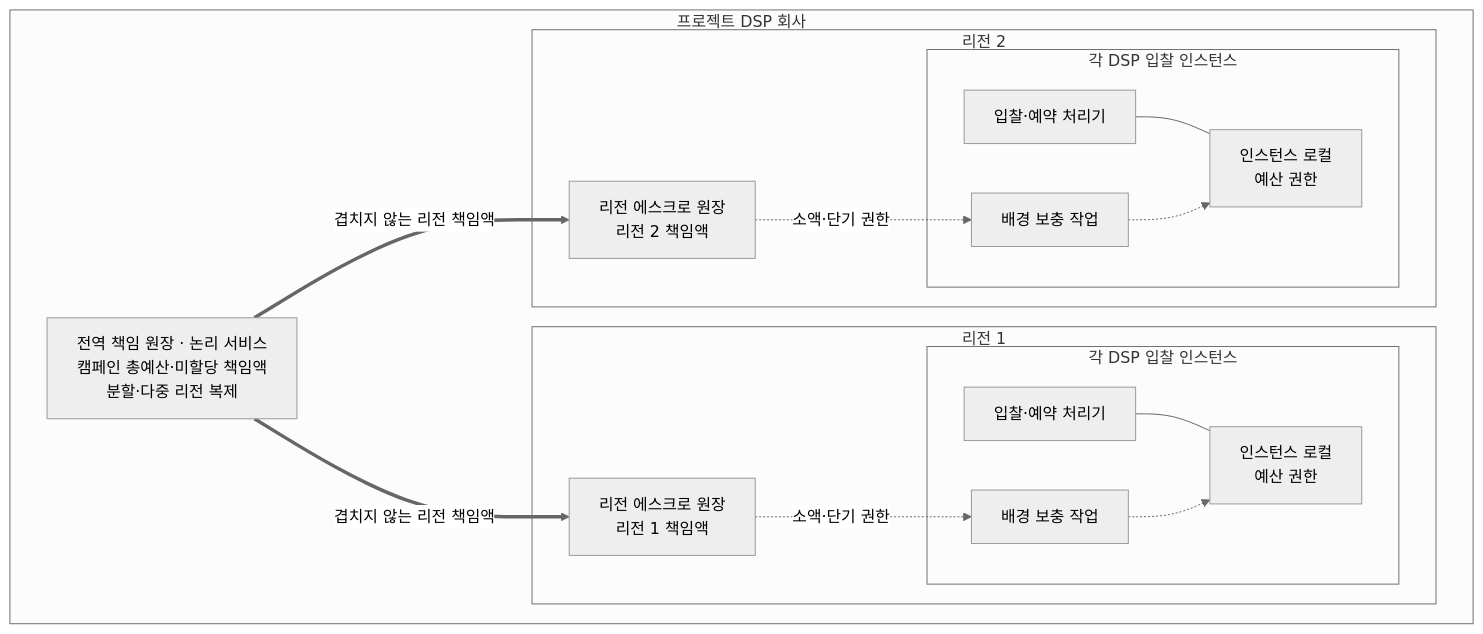
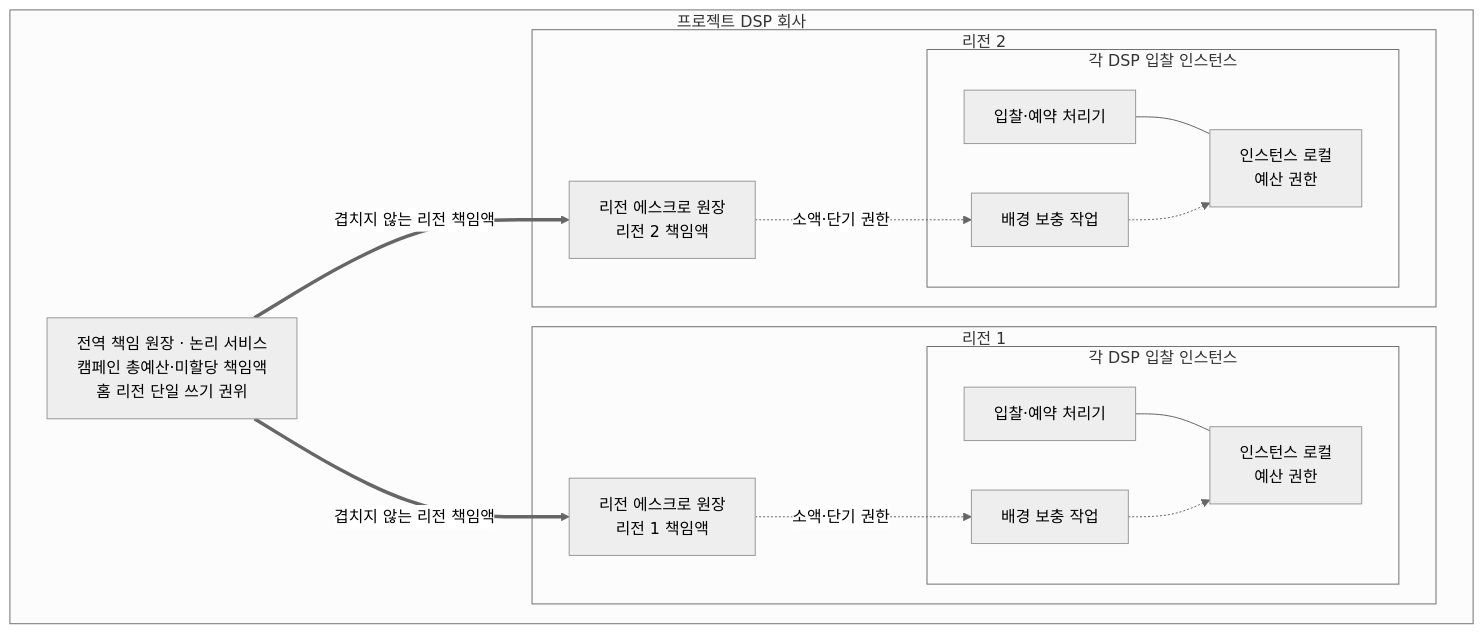
One commit to bbororo5/low-latency-openrtb-auction changed the diagram in docs/architecture/decisions/ADR-001-distributed-budget-reservation.md. Above: the diagram before and after it, drawn with Mermaid (neutral theme). The commit also changed other lines of this file and 11 other files, not shown here.

````diff
--- a/docs/architecture/decisions/ADR-001-distributed-budget-reservation.md
+++ b/docs/architecture/decisions/ADR-001-distributed-budget-reservation.md
@@ -13,33 +13,33 @@
 ```mermaid
 flowchart TB
     subgraph PDSP["프로젝트 DSP 회사"]
-        G["전역 책임 원장 · 논리 서비스<br/>캠페인 총예산·미할당 책임액<br/>분할·다중 리전 복제"]
+        G["전역 책임 원장 · 논리 서비스<br/>캠페인 총예산·미할당 책임액<br/>홈 리전 단일 쓰기 권위"]
 
         subgraph R1["리전 1"]
             E1["리전 에스크로 원장<br/>리전 1 책임액"]
             subgraph I1["각 DSP 입찰 인스턴스"]
                 H1["입찰·예약 처리기"]
                 L1["인스턴스 로컬<br/>예산 권한"]
                 C1["배경 보충 작업"]
                 H1 --- L1
                 C1 -.-> L1
             end
             E1 -. "소액·단기 권한" .-> C1
         end
 
         subgraph R2["리전 2"]
             E2["리전 에스크로 원장<br/>리전 2 책임액"]
             subgraph I2["각 DSP 입찰 인스턴스"]
                 H2["입찰·예약 처리기"]
                 L2["인스턴스 로컬<br/>예산 권한"]
                 C2["배경 보충 작업"]
                 H2 --- L2
                 C2 -.-> L2
             end
             E2 -. "소액·단기 권한" .-> C2
         end
 
         G ==>|"겹치지 않는 리전 책임액"| E1
         G ==>|"겹치지 않는 리전 책임액"| E2
     end
 ```
````
